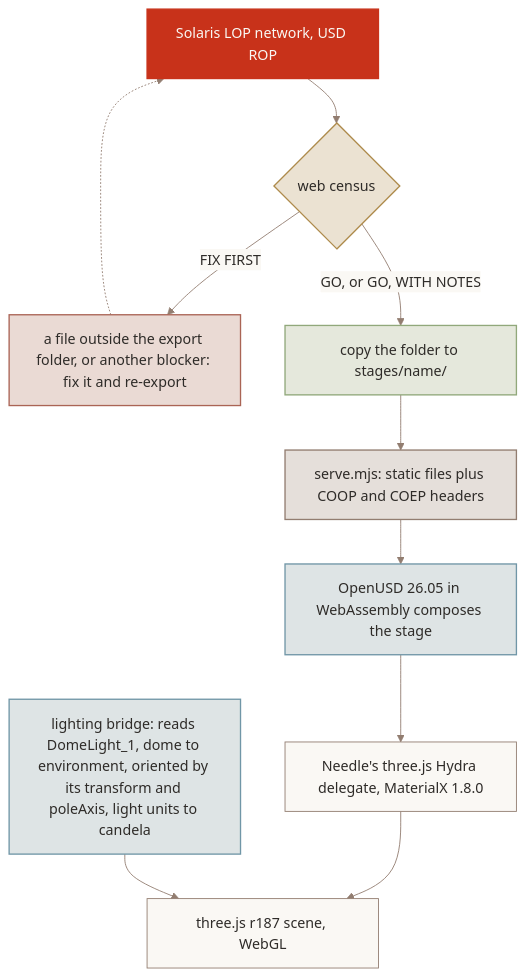
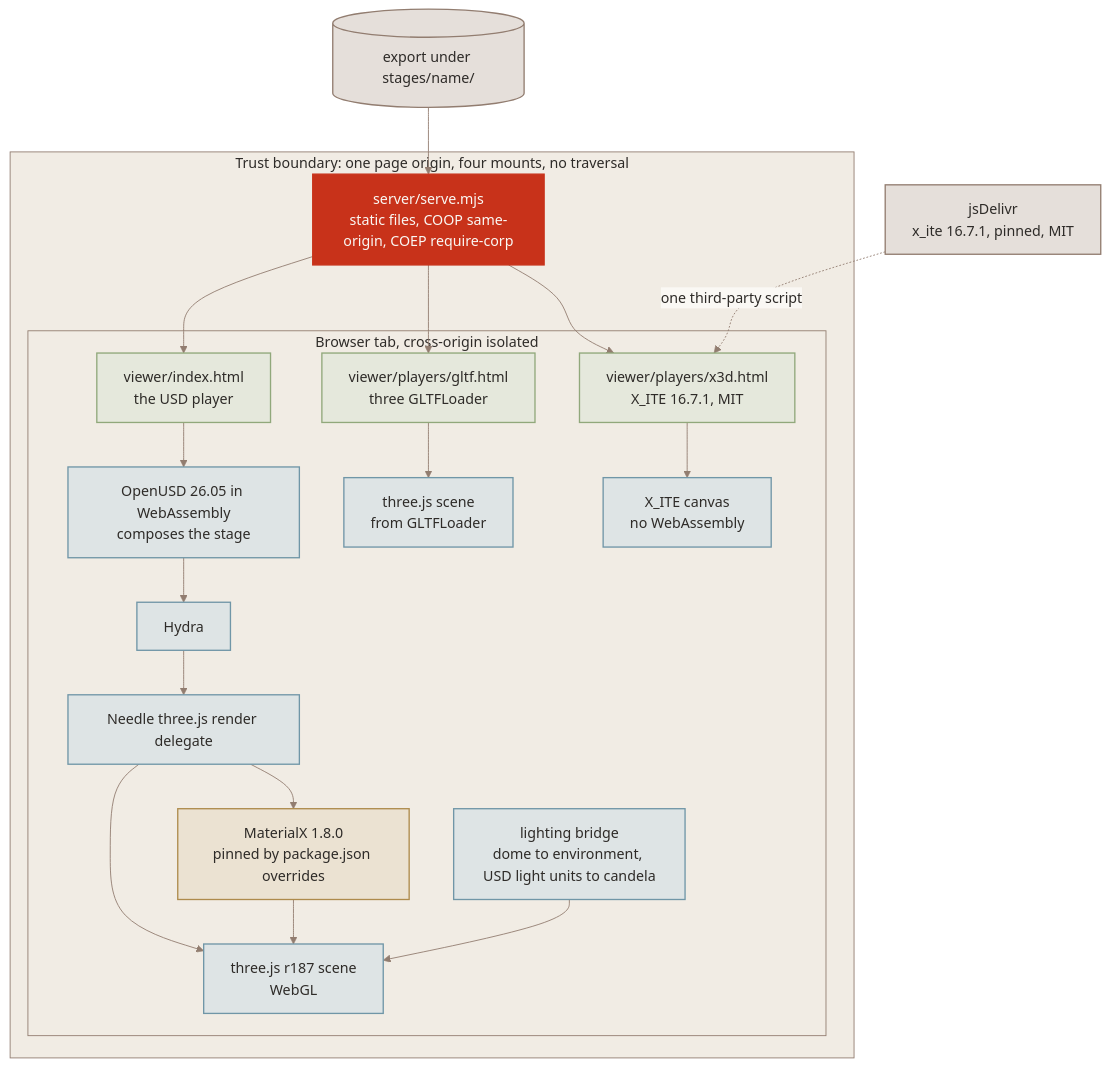
The second of 2 diagrams in README.md (JosephOIbrahim/Solaris-to-Three.js), drawn with Mermaid before and after one commit. The commit also changed other lines of this file and 1 other file, not shown here.

First line of the commit message:
docs(readme): refresh for 0.5.0 and four formats

````diff
--- a/README.md
+++ b/README.md
@@ -87,19 +170,42 @@
 ```mermaid
 %%{init: {"theme": "base", "themeVariables": {"fontFamily": "Archivo, BlinkMacSystemFont, Segoe UI, Roboto, Helvetica Neue, Helvetica, Arial, Noto Sans, Liberation Sans, DejaVu Sans", "fontSize": "16px", "primaryColor": "#FAF8F4", "primaryTextColor": "#2E2B28", "primaryBorderColor": "#927D70", "secondaryColor": "#F1ECE4", "tertiaryColor": "#F1ECE4", "lineColor": "#927D70", "arrowheadColor": "#927D70", "textColor": "#83776D", "nodeTextColor": "#2E2B28", "clusterBkg": "#F1ECE4", "clusterBorder": "#927D70", "titleColor": "#2E2B28", "edgeLabelBackground": "#FAF8F4", "noteBkgColor": "#F1ECE4", "noteTextColor": "#2E2B28", "noteBorderColor": "#927D70"}}}%%
 flowchart TB
-  rop["Solaris LOP network, USD ROP"]:::accent --> census{"web census"}:::ochre
-  census -->|FIX FIRST| fix["a file outside the export folder, or another blocker: fix it and re-export"]:::clay
-  fix -.-> rop
-  census -->|"GO, or GO, WITH NOTES"| copy["copy the folder to stages/name/"]:::moss
-  copy --> server["serve.mjs: static files plus COOP and COEP headers"]:::umber
-  server --> usd["OpenUSD 26.05 in WebAssembly composes the stage"]:::stone
-  usd --> delegate["Needle's three.js Hydra delegate, MaterialX 1.8.0"]
-  delegate --> scene["three.js r187 scene, WebGL"]
-  bridge["lighting bridge: reads DomeLight_1, dome to environment, oriented by its transform and poleAxis, light units to candela"]:::stone --> scene
+  folder[("export under stages/name/")]:::umber
+  subgraph trust["Trust boundary: one page origin, four mounts, no traversal"]
+    server["server/serve.mjs<br/>static files, COOP same-origin, COEP require-corp"]:::accent
+    subgraph tab["Browser tab, cross-origin isolated"]
+      viewer["viewer/index.html<br/>the USD player"]:::moss
+      gltf["viewer/players/gltf.html<br/>three GLTFLoader"]:::moss
+      x3d["viewer/players/x3d.html<br/>X_ITE 16.7.1, MIT"]:::moss
+      wasm["OpenUSD 26.05 in WebAssembly<br/>composes the stage"]:::stone
+      hydra["Hydra"]:::stone
+      delegate["Needle three.js render delegate"]:::stone
+      mtlx["MaterialX 1.8.0<br/>pinned by package.json overrides"]:::ochre
+      scene["three.js r187 scene<br/>WebGL"]:::stone
+      bridge["lighting bridge<br/>dome to environment, USD light units to candela"]:::stone
+      gltfscene["three.js scene<br/>from GLTFLoader"]:::stone
+      xscene["X_ITE canvas<br/>no WebAssembly"]:::stone
+    end
+  end
+  cdn["jsDelivr<br/>x_ite 16.7.1, pinned, MIT"]:::umber
+  folder --> server
+  server --> viewer
+  server --> gltf
+  server --> x3d
+  viewer --> wasm
+  wasm --> hydra
+  hydra --> delegate
+  delegate --> mtlx
+  delegate --> scene
+  mtlx --> scene
+  bridge --> scene
+  gltf --> gltfscene
+  x3d --> xscene
+  cdn -.->|"one third-party script"| x3d
   classDef stone fill:#DEE4E5,stroke:#7096A7,stroke-width:1.5px,color:#2E2B28
   classDef moss fill:#E5E8DC,stroke:#91A87B,stroke-width:1.5px,color:#2E2B28
   classDef ochre fill:#EBE2D2,stroke:#AE8B4C,stroke-width:1.5px,color:#2E2B28
   classDef clay fill:#EADAD4,stroke:#AA6455,stroke-width:1.5px,color:#2E2B28
   classDef umber fill:#E5DFDA,stroke:#927D70,stroke-width:1.5px,color:#2E2B28
   classDef accent fill:#C8321A,stroke:#C8321A,stroke-width:1.5px,color:#FAF8F4
 ```
````
